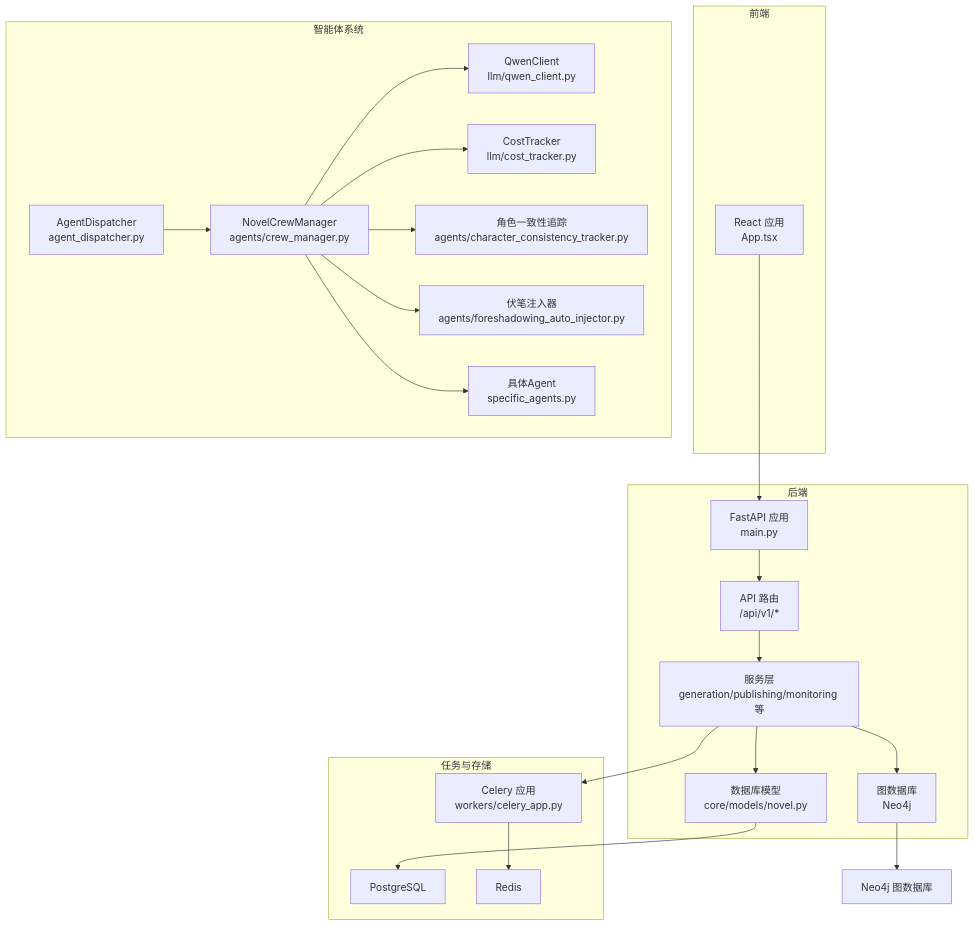
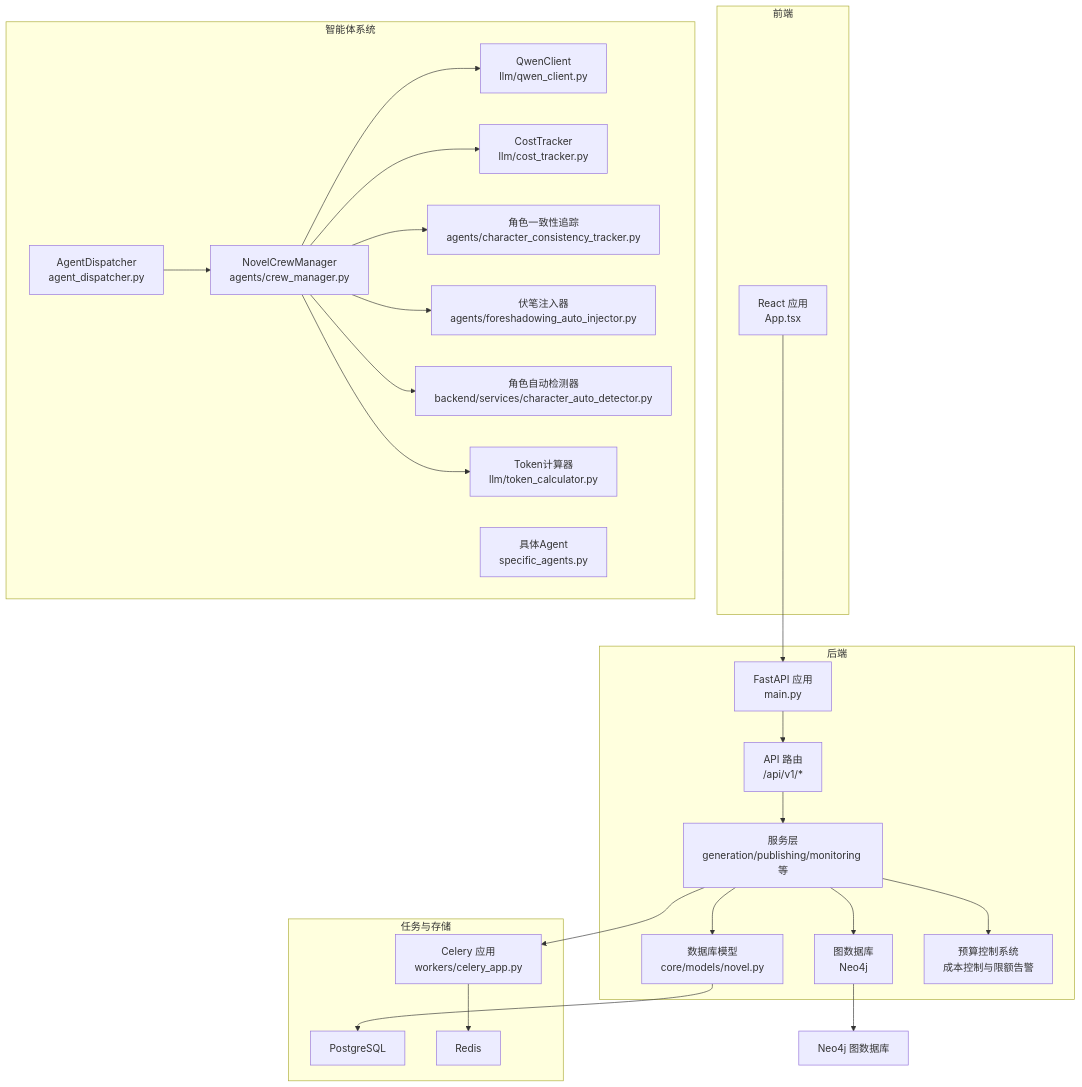
Before and after one commit to xfbyxq/ai-novel-system: the first of 18 diagrams in .qoder/repowiki/zh/content/项目概述/项目概述.md, drawn with Mermaid. The commit also changed other lines of this file and 1 other file, not shown here.

````diff
--- a/.qoder/repowiki/zh/content/项目概述/项目概述.md
+++ b/.qoder/repowiki/zh/content/项目概述/项目概述.md
@@ -78,42 +83,47 @@
 ```mermaid
 graph TB
 subgraph "前端"
 FE_App["React 应用<br/>App.tsx"]
 end
 subgraph "后端"
 API["FastAPI 应用<br/>main.py"]
 Router["API 路由<br/>/api/v1/*"]
 Services["服务层<br/>generation/publishing/monitoring 等"]
 DB["数据库模型<br/>core/models/novel.py"]
 GraphDB["图数据库<br/>Neo4j"]
+Budget["预算控制系统<br/>成本控制与限额告警"]
 end
 subgraph "智能体系统"
 Dispatcher["AgentDispatcher<br/>agent_dispatcher.py"]
 CrewMgr["NovelCrewManager<br/>agents/crew_manager.py"]
 Agents["具体Agent<br/>specific_agents.py"]
 Qwen["QwenClient<br/>llm/qwen_client.py"]
 Cost["CostTracker<br/>llm/cost_tracker.py"]
 Consistency["角色一致性追踪<br/>agents/character_consistency_tracker.py"]
 Foreshadowing["伏笔注入器<br/>agents/foreshadowing_auto_injector.py"]
+CharDetector["角色自动检测器<br/>backend/services/character_auto_detector.py"]
+TokenCalc["Token计算器<br/>llm/token_calculator.py"]
 end
 subgraph "任务与存储"
 Celery["Celery 应用<br/>workers/celery_app.py"]
 Postgres["PostgreSQL"]
 Redis["Redis"]
 end
 FE_App --> API
 API --> Router
 Router --> Services
 Services --> DB
 Services --> GraphDB
+Services --> Budget
 Services --> Celery
 Dispatcher --> CrewMgr
 CrewMgr --> Qwen
 CrewMgr --> Cost
 CrewMgr --> Consistency
 CrewMgr --> Foreshadowing
-CrewMgr --> Agents
+CrewMgr --> CharDetector
+CrewMgr --> TokenCalc
 Celery --> Redis
 DB --> Postgres
 GraphDB --> Neo4j["Neo4j 图数据库"]
 ```
````
